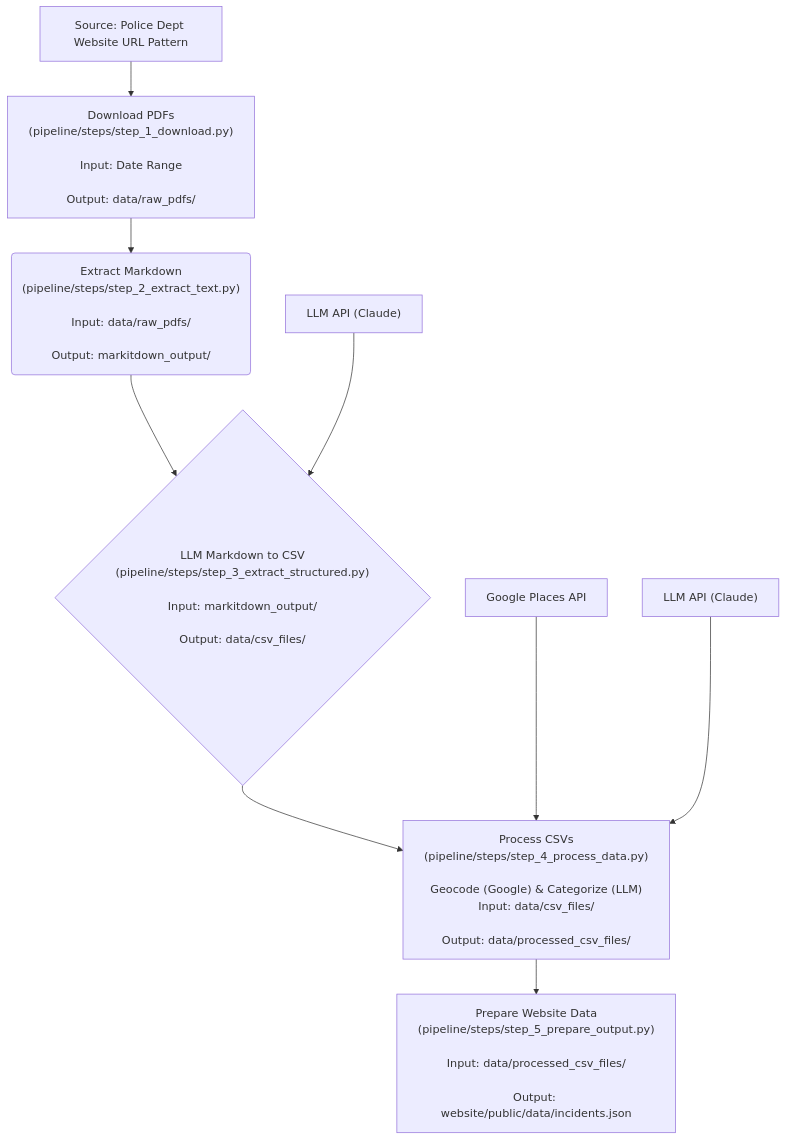
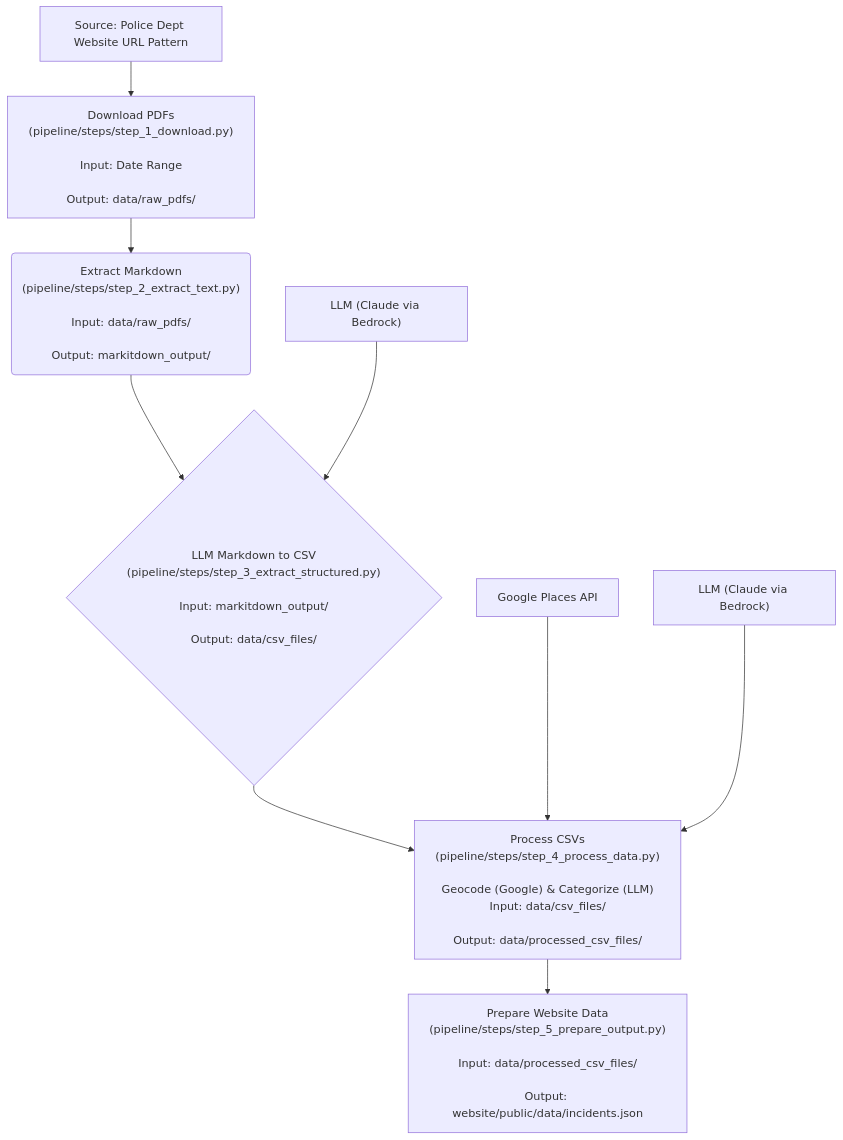
Before and after one commit to ma08/palo_alto_police_log_analysis: the diagram in README.md, drawn with Mermaid. The commit also changed other lines of this file, not shown here.

Commit message:
polish README and make almost public ready

````diff
--- a/README.md
+++ b/README.md
@@ -31,12 +31,12 @@
 ```mermaid
 graph TD
     A["Download PDFs<br>(pipeline/steps/step_1_download.py)<br><br>Input: Date Range<br><br>Output: data/raw_pdfs/"] --> B("Extract Markdown<br>(pipeline/steps/step_2_extract_text.py)<br><br>Input: data/raw_pdfs/<br><br>Output: markitdown_output/");
     B --> C{"LLM Markdown to CSV<br>(pipeline/steps/step_3_extract_structured.py)<br><br>Input: markitdown_output/<br><br>Output: data/csv_files/"};
     C --> D["Process CSVs<br>(pipeline/steps/step_4_process_data.py)<br><br>Geocode (Google) & Categorize (LLM)<br>Input: data/csv_files/<br><br>Output: data/processed_csv_files/"];
     D --> E["Prepare Website Data<br>(pipeline/steps/step_5_prepare_output.py)<br><br>Input: data/processed_csv_files/<br><br>Output: website/public/data/incidents.json"];
     F["Source: Police Dept Website URL Pattern"] --> A;
     G["Google Places API"] --> D;
-    H["LLM API (Claude)"] --> C;
-    I["LLM API (Claude)"] --> D;
+    H["LLM (Claude via Bedrock)"] --> C;
+    I["LLM (Claude via Bedrock)"] --> D;
 
 ```
````
